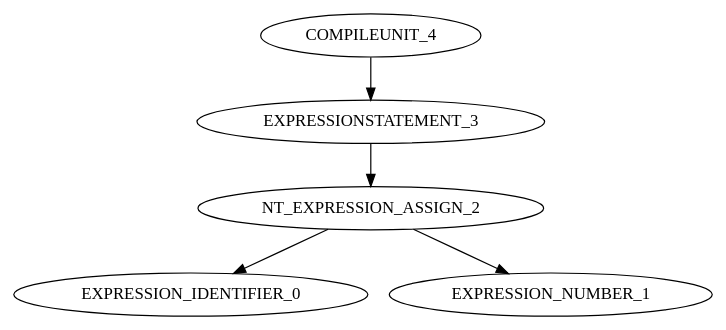
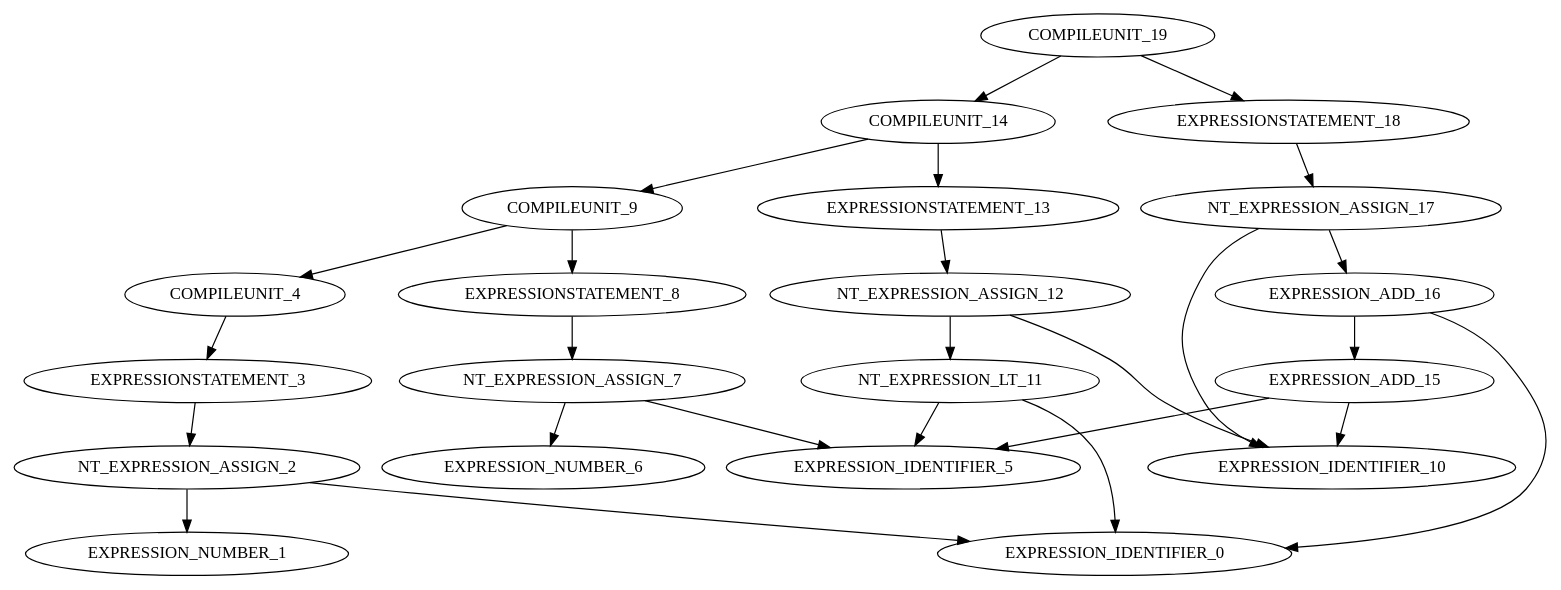
One commit to dhmhgreCompilers1/MINIC changed the diagram in MINIC/ST.dot. Above: the diagram before and after it, drawn with Graphviz. The commit also changed 4 other files, not shown here.

```diff
--- a/MINIC/ST.dot
+++ b/MINIC/ST.dot
@@ -1,6 +1,27 @@
 digraph G{
+"COMPILEUNIT_19"->"COMPILEUNIT_14";
+"COMPILEUNIT_14"->"COMPILEUNIT_9";
+"COMPILEUNIT_9"->"COMPILEUNIT_4";
 "COMPILEUNIT_4"->"EXPRESSIONSTATEMENT_3";
 "EXPRESSIONSTATEMENT_3"->"NT_EXPRESSION_ASSIGN_2";
 "NT_EXPRESSION_ASSIGN_2"->"EXPRESSION_IDENTIFIER_0";
 "NT_EXPRESSION_ASSIGN_2"->"EXPRESSION_NUMBER_1";
+"COMPILEUNIT_9"->"EXPRESSIONSTATEMENT_8";
+"EXPRESSIONSTATEMENT_8"->"NT_EXPRESSION_ASSIGN_7";
+"NT_EXPRESSION_ASSIGN_7"->"EXPRESSION_IDENTIFIER_5";
+"NT_EXPRESSION_ASSIGN_7"->"EXPRESSION_NUMBER_6";
+"COMPILEUNIT_14"->"EXPRESSIONSTATEMENT_13";
+"EXPRESSIONSTATEMENT_13"->"NT_EXPRESSION_ASSIGN_12";
+"NT_EXPRESSION_ASSIGN_12"->"EXPRESSION_IDENTIFIER_10";
+"NT_EXPRESSION_ASSIGN_12"->"NT_EXPRESSION_LT_11";
+"NT_EXPRESSION_LT_11"->"EXPRESSION_IDENTIFIER_0";
+"NT_EXPRESSION_LT_11"->"EXPRESSION_IDENTIFIER_5";
+"COMPILEUNIT_19"->"EXPRESSIONSTATEMENT_18";
+"EXPRESSIONSTATEMENT_18"->"NT_EXPRESSION_ASSIGN_17";
+"NT_EXPRESSION_ASSIGN_17"->"EXPRESSION_IDENTIFIER_10";
+"NT_EXPRESSION_ASSIGN_17"->"EXPRESSION_ADD_16";
+"EXPRESSION_ADD_16"->"EXPRESSION_ADD_15";
+"EXPRESSION_ADD_15"->"EXPRESSION_IDENTIFIER_5";
+"EXPRESSION_ADD_15"->"EXPRESSION_IDENTIFIER_10";
+"EXPRESSION_ADD_16"->"EXPRESSION_IDENTIFIER_0";
 }
```
